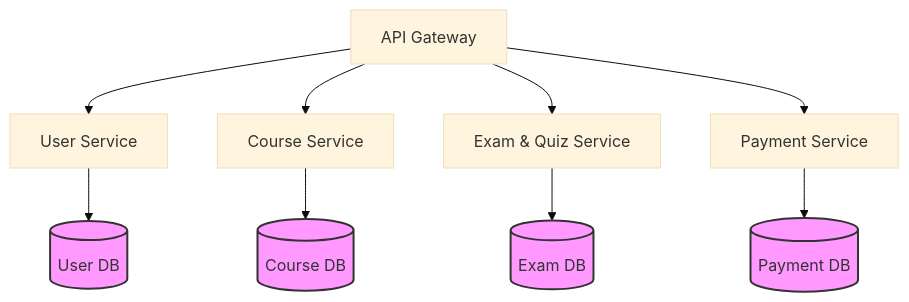
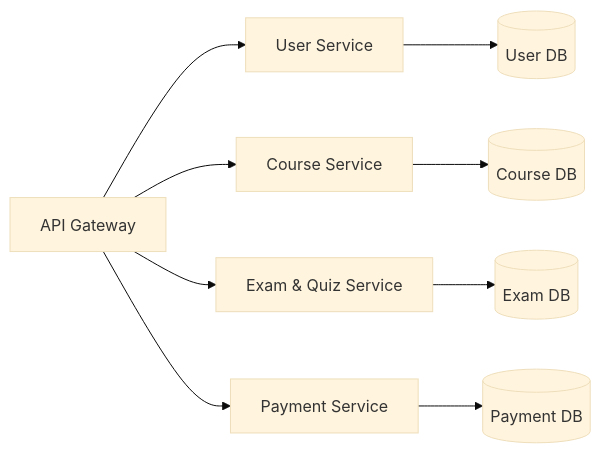
The diagram in docs/database/README.md (tranhoainam298/lms-microservices-architecture), drawn with Mermaid (base theme) before and after one commit. The commit also changed other lines of this file and 127 other files, not shown here.

Commit message:
Complete final Word architecture and Message Broker alignment

````diff
--- a/docs/database/README.md
+++ b/docs/database/README.md
@@ -14,15 +5,12 @@
 ```mermaid
-graph TD
-    GW[API Gateway] --> UserSvc[User Service]
-    GW --> CourseSvc[Course Service]
-    GW --> ExamSvc[Exam & Quiz Service]
-    GW --> PaySvc[Payment Service]
+flowchart LR
+    Gateway[API Gateway] --> UserService[User Service]
+    Gateway --> CourseService[Course Service]
+    Gateway --> ExamService[Exam & Quiz Service]
+    Gateway --> PaymentService[Payment Service]
 
-    UserSvc --> UserDB[(User DB)]
-    CourseSvc --> CourseDB[(Course DB)]
-    ExamSvc --> ExamDB[(Exam DB)]
-    PaySvc --> PaymentDB[(Payment DB)]
-
-    classDef db fill:#f9f,stroke:#333,stroke-width:2px;
-    class UserDB,CourseDB,ExamDB,PaymentDB db;
+    UserService --> UserDB[(User DB)]
+    CourseService --> CourseDB[(Course DB)]
+    ExamService --> ExamDB[(Exam DB)]
+    PaymentService --> PaymentDB[(Payment DB)]
 ```
````
